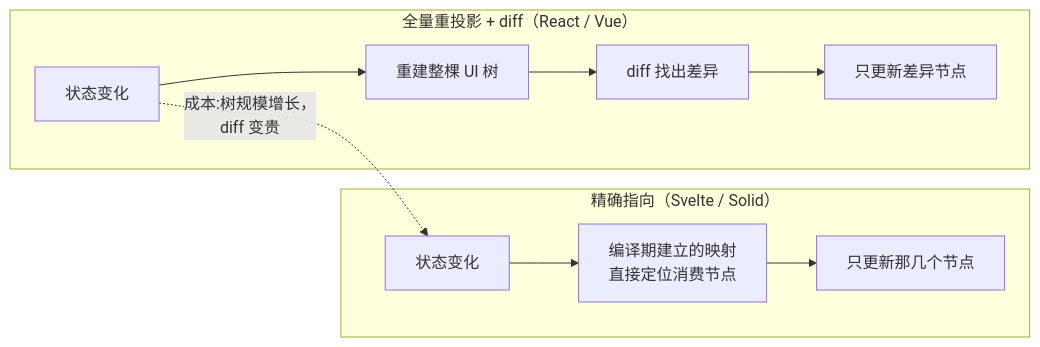
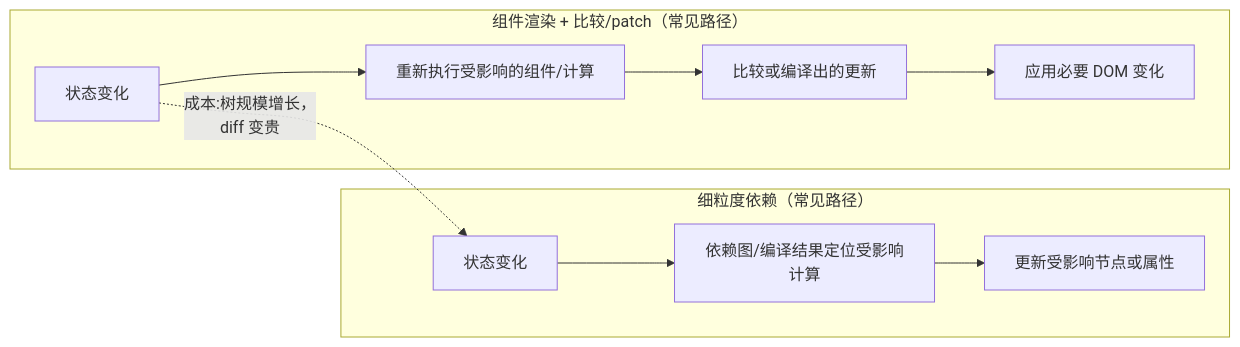
The first of 2 diagrams in content/posts/frontend-framework-taxonomy.md (MoreConsequence/MoreConsequence.github.io), drawn with Mermaid before and after one commit. The commit also changed other lines of this file and 263 other files, not shown here.

````diff
--- a/content/posts/frontend-framework-taxonomy.md
+++ b/content/posts/frontend-framework-taxonomy.md
@@ -28,10 +28,10 @@
 ```mermaid
 flowchart LR
-    subgraph FULL["全量重投影 + diff（React / Vue）"]
-        F1["状态变化"] --> F2["重建整棵 UI 树"] --> F3["diff 找出差异"] --> F4["只更新差异节点"]
+    subgraph FULL["组件渲染 + 比较/patch（常见路径）"]
+        F1["状态变化"] --> F2["重新执行受影响的组件/计算"] --> F3["比较或编译出的更新"] --> F4["应用必要 DOM 变化"]
     end
-    subgraph FINE["精确指向（Svelte / Solid）"]
-        G1["状态变化"] --> G2["编译期建立的映射<br/>直接定位消费节点"] --> G3["只更新那几个节点"]
+    subgraph FINE["细粒度依赖（常见路径）"]
+        G1["状态变化"] --> G2["依赖图/编译结果定位受影响计算"] --> G3["更新受影响节点或属性"]
     end
     F1 -. "成本:树规模增长，<br/>diff 变贵" .-> G1
 ```
````
